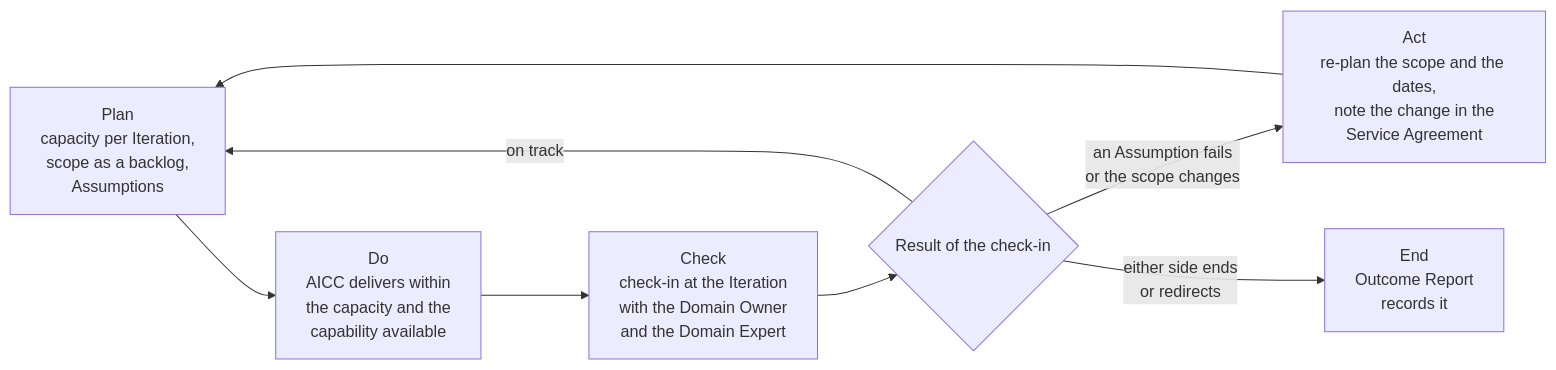
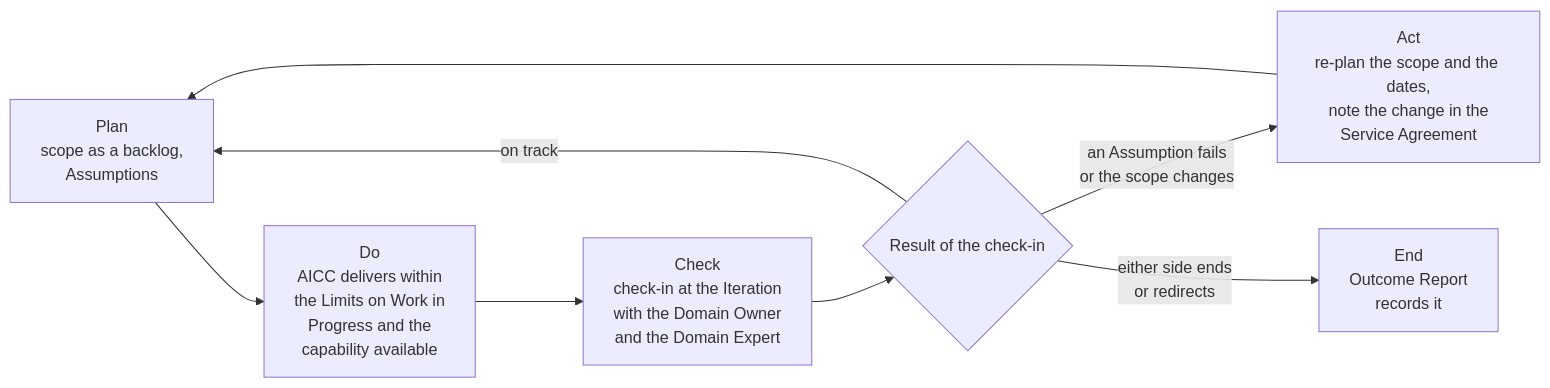
Before and after one commit to devhogu/ob-aicc: the third of 4 diagrams in charter/guides/engagement-guide.md, drawn with Mermaid. The commit also changed other lines of this file and 690 other files, not shown here.

First line of the commit message:
Charter baseline 1.0, templates and registry at baseline, and the charter site generated from the charter (DR-2026-060, DR-2026-061)

````diff
--- a/charter/guides/engagement-guide.md
+++ b/charter/guides/engagement-guide.md
@@ -81,10 +81,10 @@
 ```mermaid
 flowchart LR
-  PL["Plan<br/>capacity per Iteration,<br/>scope as a backlog,<br/>Assumptions"] --> DO["Do<br/>AICC delivers within<br/>the capacity and the<br/>capability available"]
+  PL["Plan<br/>scope as a backlog,<br/>Assumptions"] --> DO["Do<br/>AICC delivers within<br/>the Limits on Work in<br/>Progress and the<br/>capability available"]
   DO --> CH["Check<br/>check-in at the Iteration<br/>with the Domain Owner<br/>and the Domain Expert"]
   CH --> DEC{"Result of the check-in"}
   DEC -->|"on track"| PL
   DEC -->|"an Assumption fails<br/>or the scope changes"| AM["Act<br/>re-plan the scope and the dates,<br/>note the change in the<br/>Service Agreement"]
   AM --> PL
   DEC -->|"either side ends<br/>or redirects"| EN["End<br/>Outcome Report<br/>records it"]
 ```
````
